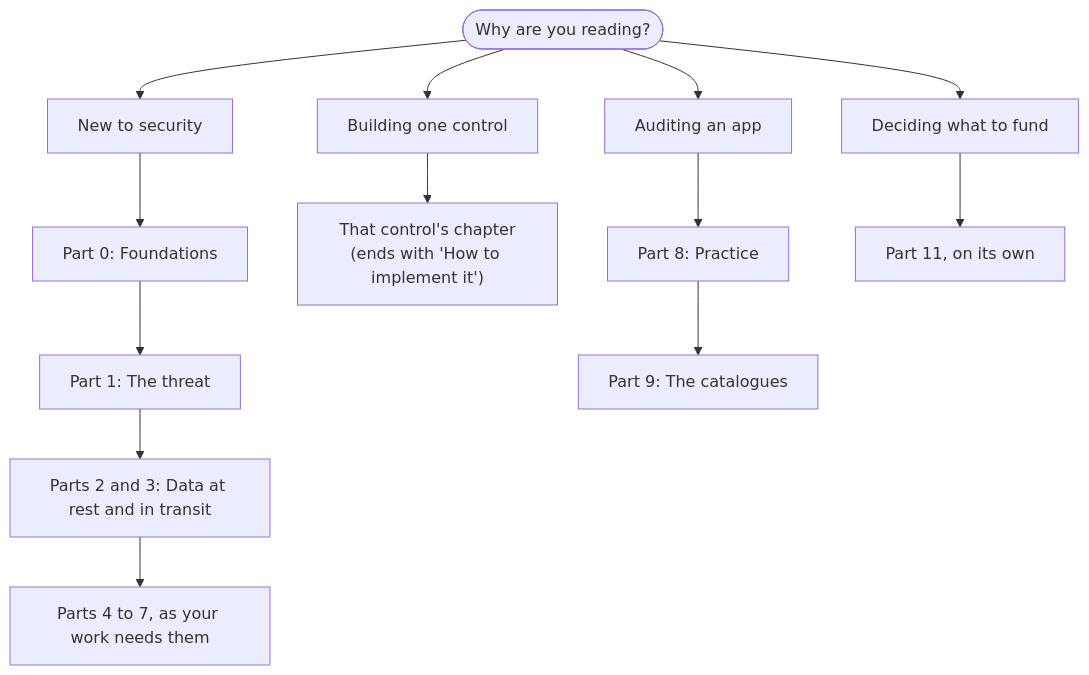
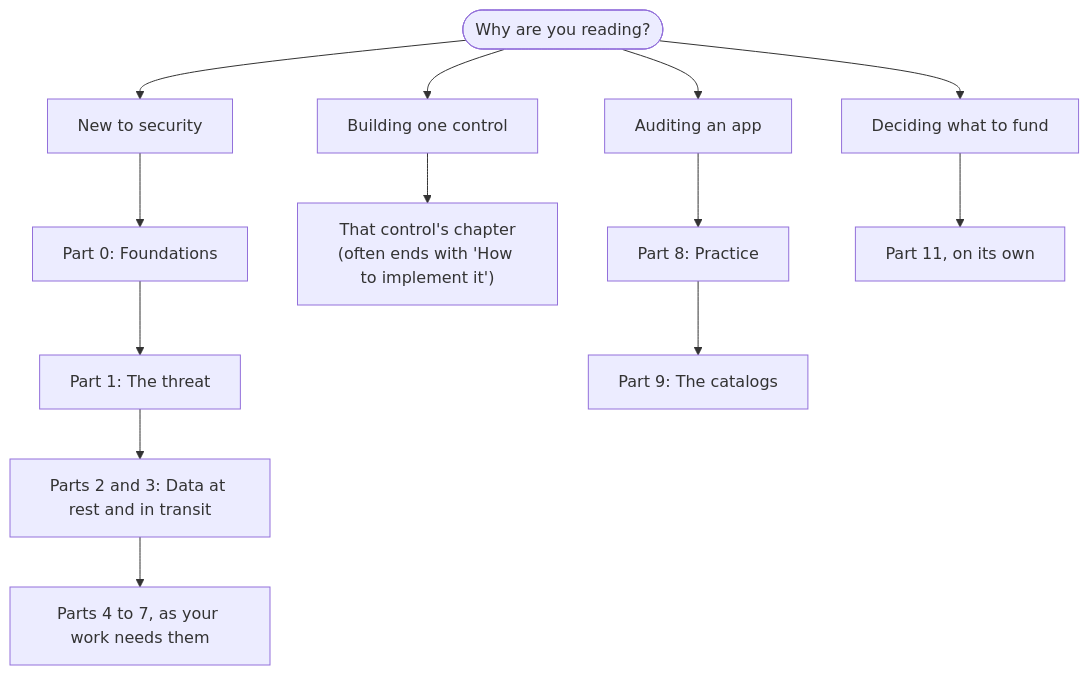
One commit to hossam9k/mobile-app-security changed the diagram in book/start-here.md. Above: the diagram before and after it, drawn with Mermaid. The commit also changed other lines of this file and 51 other files, not shown here.

````diff
--- a/book/start-here.md
+++ b/book/start-here.md
@@ -48,12 +48,12 @@
 ```mermaid
 flowchart TD
     q(["Why are you reading?"])
     q --> novice["New to security"]
     q --> build["Building one control"]
     q --> audit["Auditing an app"]
     q --> fund["Deciding what to fund"]
     novice --> p0["Part 0: Foundations"] --> p1["Part 1: The threat"] --> p23["Parts 2 and 3: Data at rest and in transit"] --> rest["Parts 4 to 7, as your work needs them"]
-    build --> ctl["That control's chapter<br/>(ends with 'How to implement it')"]
-    audit --> p8["Part 8: Practice"] --> p9["Part 9: The catalogues"]
+    build --> ctl["That control's chapter<br/>(often ends with 'How to implement it')"]
+    audit --> p8["Part 8: Practice"] --> p9["Part 9: The catalogs"]
     fund --> p11["Part 11, on its own"]
 ```
````
